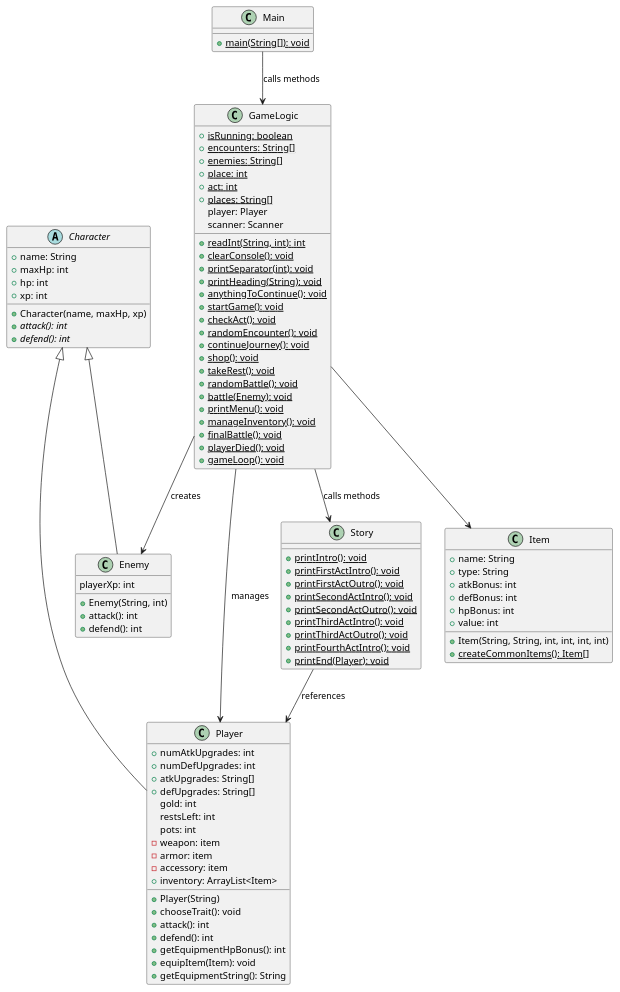
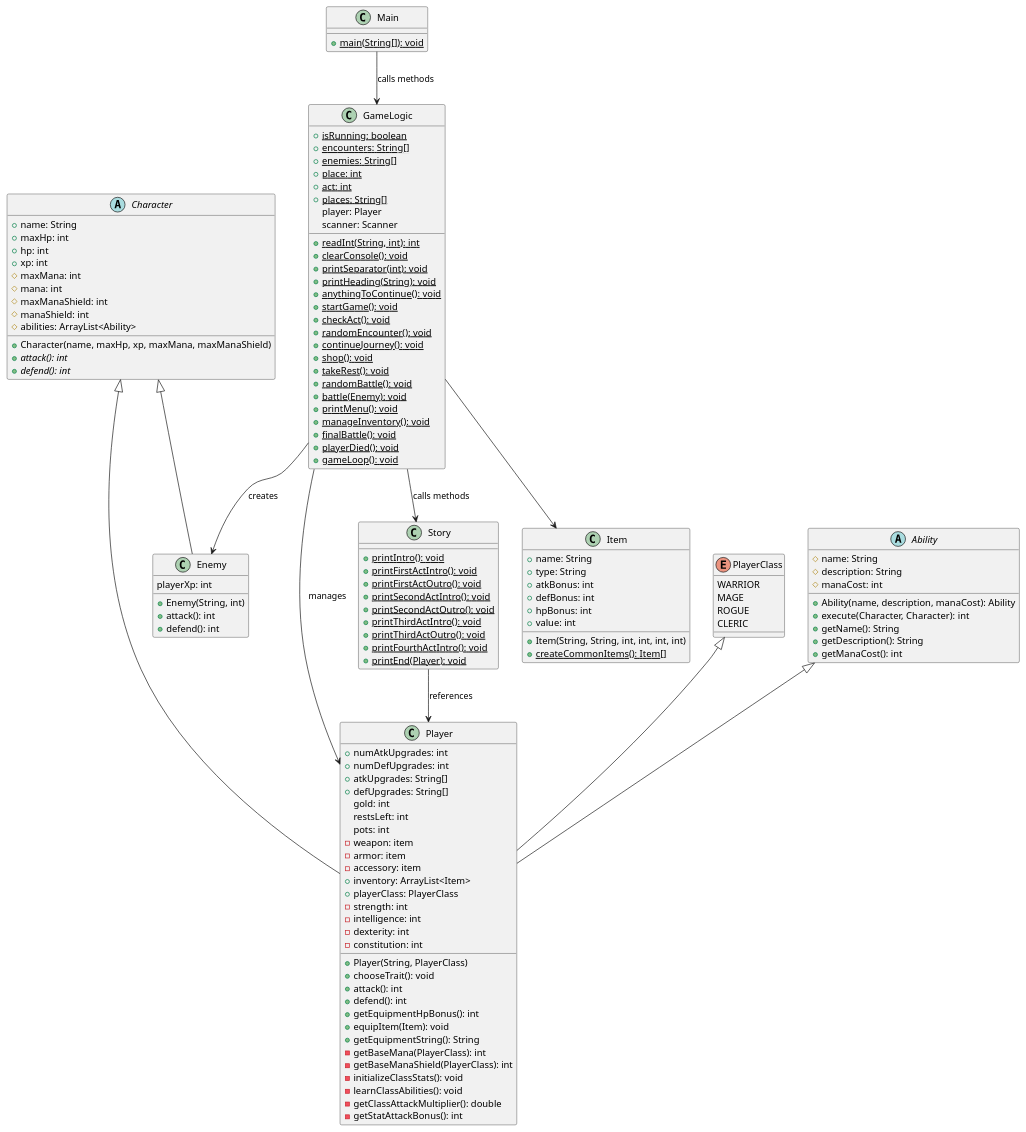
One commit to apatterson5874/Rift-RPG changed the diagram in src/TextRPG.puml. Above: the diagram before and after it, drawn with PlantUML. The commit also changed 6 other files, not shown here.

Commit message:
Added 4 main classes: Warrior, Mage, Rogue, and Cleric Added class specific abilities Added mana system Rebalanced battle system Updated UML diagram

```diff
--- a/src/TextRPG.puml
+++ b/src/TextRPG.puml
@@ -1,108 +1,146 @@
 @startuml
 
 abstract class Character{
     + name: String
     + maxHp: int
     + hp: int
     + xp: int
-    + Character(name, maxHp, xp)
+    # maxMana: int
+    # mana: int
+    # maxManaShield: int
+    # manaShield: int
+    # abilities: ArrayList<Ability>
+    + Character(name, maxHp, xp, maxMana, maxManaShield)
     + {abstract} attack(): int
     + {abstract} defend(): int
 }
 
 class Main{
     + {static} main(String[]): void
 }
 
 class Player{
     + numAtkUpgrades: int
     + numDefUpgrades: int
     + atkUpgrades: String[]
     + defUpgrades: String[]
     gold: int
     restsLeft: int
     pots: int
     - weapon: item
     - armor: item
     - accessory: item
     + inventory: ArrayList<Item>
-    + Player(String)
+    + playerClass: PlayerClass
+    - strength: int
+    - intelligence: int
+    - dexterity: int
+    - constitution: int
+    + Player(String, PlayerClass)
     + chooseTrait(): void
     + attack(): int
     + defend(): int
     + getEquipmentHpBonus(): int
     + equipItem(Item): void
     + getEquipmentString(): String
+    - getBaseMana(PlayerClass): int
+    - getBaseManaShield(PlayerClass): int
+    - initializeClassStats(): void
+    - learnClassAbilities(): void
+    - getClassAttackMultiplier(): double
+    - getStatAttackBonus(): int
+
+
 }
 
 class Enemy{
     playerXp: int
     + Enemy(String, int)
     + attack(): int
     + defend(): int
 }
 
 class Story{
     + {static} printIntro(): void
     + {static} printFirstActIntro(): void
     + {static} printFirstActOutro(): void
     + {static} printSecondActIntro(): void
     + {static} printSecondActOutro(): void
     + {static} printThirdActIntro(): void
     + {static} printThirdActOutro(): void
     + {static} printFourthActIntro(): void
     + {static} printEnd(Player): void
 }
 
 class GameLogic{
     + {static} isRunning: boolean
     + {static} encounters: String[]
     + {static} enemies: String[]
     + {static} place: int
     + {static} act: int
     + {static} places: String[]
     player: Player
     scanner: Scanner
     + {static} readInt(String, int): int
     + {static} clearConsole(): void
     + {static} printSeparator(int): void
     + {static} printHeading(String): void
     + {static} anythingToContinue(): void
     + {static} startGame(): void
     + {static} checkAct(): void
     + {static} randomEncounter(): void
     + {static} continueJourney(): void
     + {static} shop(): void
     + {static} takeRest(): void
     + {static} randomBattle(): void
     + {static} battle(Enemy): void
     + {static} printMenu(): void
     + {static} manageInventory(): void
     + {static} finalBattle(): void
     + {static} playerDied(): void
     + {static} gameLoop(): void
 }
 
 class Item{
     + name: String
     + type: String
     + atkBonus: int
     + defBonus: int
     + hpBonus: int
     + value: int
     + Item(String, String, int, int, int, int)
     + {static} createCommonItems(): Item[]
 }
 
+enum PlayerClass{
+    WARRIOR
+    MAGE
+    ROGUE
+    CLERIC
+}
+
+abstract class Ability{
+    # name: String
+    # description: String
+    # manaCost: int
+    + Ability(name, description, manaCost): Ability
+    + execute(Character, Character): int
+    + getName(): String
+    + getDescription(): String
+    + getManaCost(): int
+}
+
 
 Character <|-- Player
 Character <|-- Enemy
+PlayerClass <|-- Player
+Ability <|-- Player
 GameLogic --> Player : manages
 GameLogic --> Enemy : creates
 GameLogic --> Story : calls methods
 GameLogic --> Item
 Story --> Player : references
 Main --> GameLogic : calls methods
 
 
 @enduml
```
